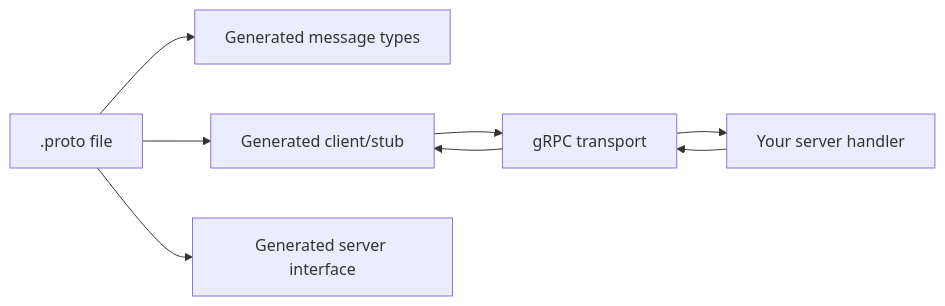
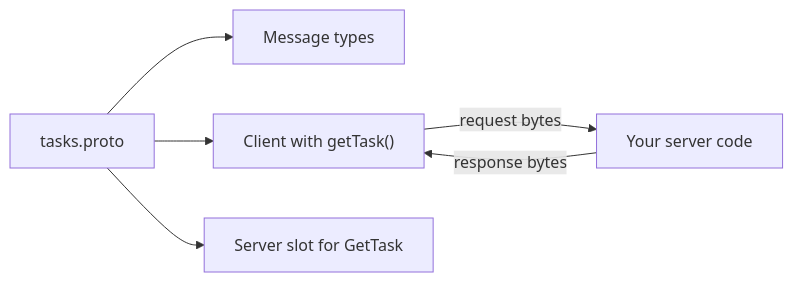
The diagram in src/content/blog/grpc-onboarding.md (theo-matzavinos/dump), drawn with Mermaid before and after one commit. The commit also changed other lines of this file and 24 other files, not shown here.

First line of the commit message:
Revise all articles for voice, junior readers, and flow

````diff
--- a/src/content/blog/grpc-onboarding.md
+++ b/src/content/blog/grpc-onboarding.md
@@ -204,10 +179,8 @@
 ```mermaid
 flowchart LR
-  Proto[".proto file"] --> Messages["Generated message types"]
-  Proto --> Client["Generated client/stub"]
-  Proto --> Server["Generated server interface"]
-  Client --> Transport["gRPC transport"]
-  Transport --> Handler["Your server handler"]
-  Handler --> Transport
-  Transport --> Client
+  Proto["tasks.proto"] --> Types["Message types"]
+  Proto --> Client["Client with getTask()"]
+  Proto --> Server["Server slot for GetTask"]
+  Client -->|request bytes| Handler["Your server code"]
+  Handler -->|response bytes| Client
 ```
````
